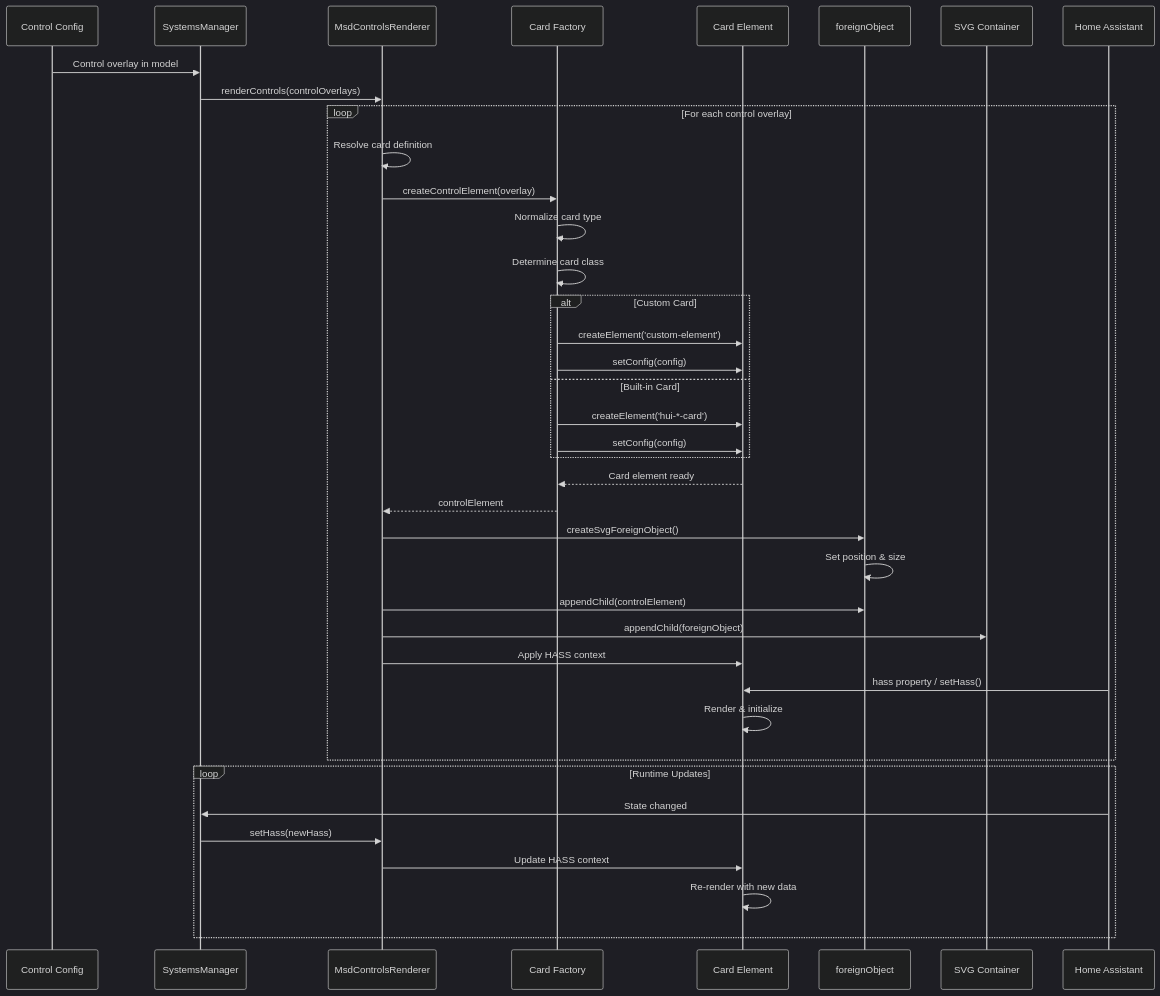
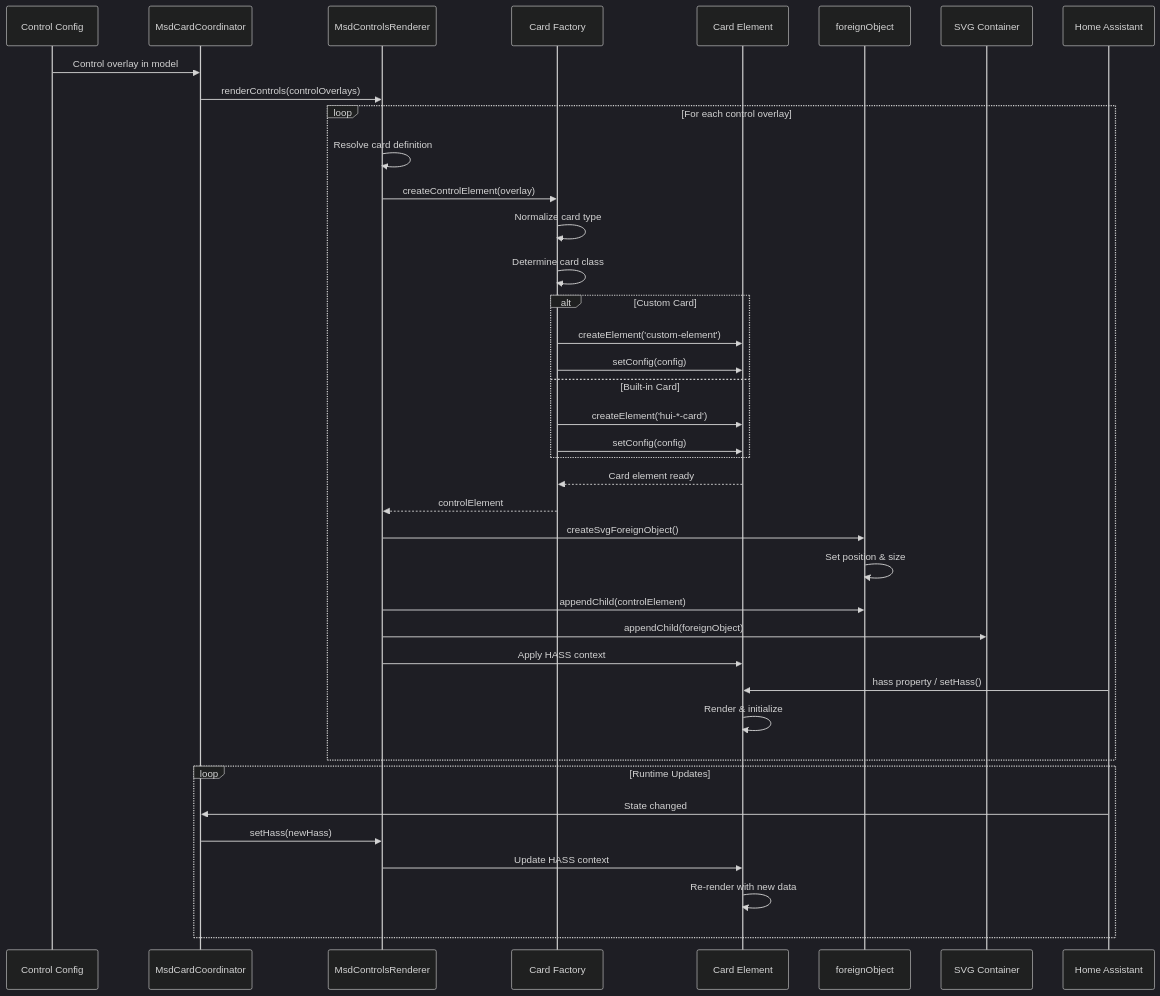
Before and after one commit to solhuebner/lcards: the second of 9 diagrams in doc/architecture/subsystems/control-overlay-system.md, drawn with Mermaid (dark theme). The commit also changed other lines of this file and 22 other files, not shown here.

Commit message:
Phase 2: Rename SystemsManager to MsdCardCoordinator in code and documentation

````diff
--- a/doc/architecture/subsystems/control-overlay-system.md
+++ b/doc/architecture/subsystems/control-overlay-system.md
@@ -89,51 +89,51 @@
 ```mermaid
 sequenceDiagram
     participant Config as Control Config
-    participant System as SystemsManager
+    participant System as MsdCardCoordinator
     participant Renderer as MsdControlsRenderer
     participant Factory as Card Factory
     participant Card as Card Element
     participant Foreign as foreignObject
     participant SVG as SVG Container
     participant HASS as Home Assistant
 
     Config->>System: Control overlay in model
     System->>Renderer: renderControls(controlOverlays)
 
     loop For each control overlay
         Renderer->>Renderer: Resolve card definition
         Renderer->>Factory: createControlElement(overlay)
 
         Factory->>Factory: Normalize card type
         Factory->>Factory: Determine card class
 
         alt Custom Card
             Factory->>Card: createElement('custom-element')
             Factory->>Card: setConfig(config)
         else Built-in Card
             Factory->>Card: createElement('hui-*-card')
             Factory->>Card: setConfig(config)
         end
 
         Card-->>Factory: Card element ready
         Factory-->>Renderer: controlElement
 
         Renderer->>Foreign: createSvgForeignObject()
         Foreign->>Foreign: Set position & size
 
         Renderer->>Foreign: appendChild(controlElement)
         Renderer->>SVG: appendChild(foreignObject)
 
         Renderer->>Card: Apply HASS context
         HASS->>Card: hass property / setHass()
 
         Card->>Card: Render & initialize
     end
 
     loop Runtime Updates
         HASS->>System: State changed
         System->>Renderer: setHass(newHass)
         Renderer->>Card: Update HASS context
         Card->>Card: Re-render with new data
     end
 ```
````
